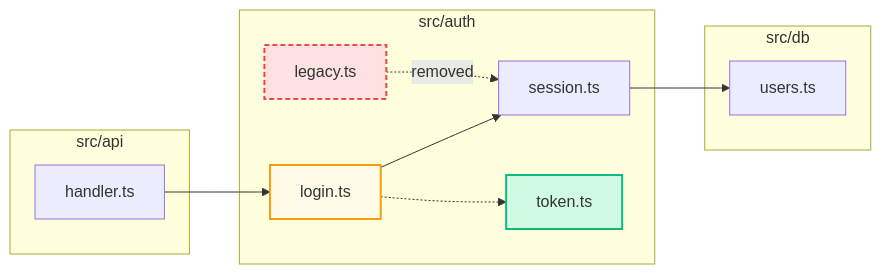
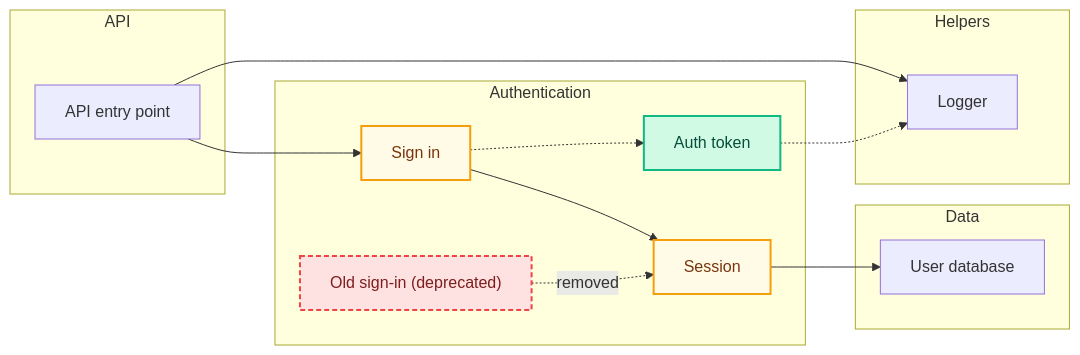
The diagram in examples/sample-diff-diagram.mmd (ian-klopper/mermaid-pr), drawn with Mermaid before and after one commit. The commit also changed 4 other files, not shown here.

```diff
--- a/examples/sample-diff-diagram.mmd
+++ b/examples/sample-diff-diagram.mmd
@@ -1,35 +1,46 @@
 %% Edge classification is approximate: edges are marked added/removed when
 %% they touch a file that was added/removed in this PR.
 graph LR
-  classDef added fill:#d1fae5,stroke:#10b981,stroke-width:2px;
-  classDef modified fill:#fffbe6,stroke:#f59e0b,stroke-width:2px;
-  classDef removed fill:#fee2e2,stroke:#ef4444,stroke-width:2px,stroke-dasharray:5 3;
+  classDef added fill:#d1fae5,stroke:#10b981,stroke-width:2px,color:#064e3b;
+  classDef modified fill:#fffbe6,stroke:#f59e0b,stroke-width:2px,color:#78350f;
+  classDef removed fill:#fee2e2,stroke:#ef4444,stroke-width:2px,stroke-dasharray:5 3,color:#7f1d1d;
 
-  subgraph src_auth["src/auth"]
-    login["login.ts"]
-    session["session.ts"]
-    token["token.ts"]
-    legacy["legacy.ts"]
+  subgraph api_group["API"]
+    api_entry["API entry point"]
   end
 
-  subgraph src_api["src/api"]
-    handler["handler.ts"]
+  subgraph auth_group["Authentication"]
+    sign_in["Sign in"]
+    session["Session"]
+    token["Auth token"]
+    old_sign_in["Old sign-in (deprecated)"]
   end
 
-  subgraph src_db["src/db"]
-    users["users.ts"]
+  subgraph data_group["Data"]
+    users["User database"]
   end
 
-  handler --> login
-  login --> session
-  login -.-> token
+  subgraph helpers_group["Helpers"]
+    logger["Logger"]
+  end
+
+  api_entry --> sign_in
+  api_entry --> logger
+  sign_in --> session
+  sign_in -.-> token
   session --> users
-  legacy -. removed .-> session
+  token -.-> logger
+  old_sign_in -. removed .-> session
 
-  class login modified
+  class sign_in modified
+  class session modified
   class token added
-  class legacy removed
+  class old_sign_in removed
 
-  click login "src/auth/login.ts" "src/auth/login.ts"
+  click sign_in "src/auth/login.ts" "src/auth/login.ts"
+  click session "src/auth/session.ts" "src/auth/session.ts"
   click token "src/auth/token.ts" "src/auth/token.ts"
-  click legacy "src/auth/legacy.ts" "src/auth/legacy.ts"
+  click old_sign_in "src/auth/legacy.ts" "src/auth/legacy.ts (removed)"
+  click users "src/db/users.ts" "src/db/users.ts"
+  click logger "src/utils/logger.ts" "src/utils/logger.ts"
+  click api_entry "src/api/handler.ts" "src/api/handler.ts"
```
